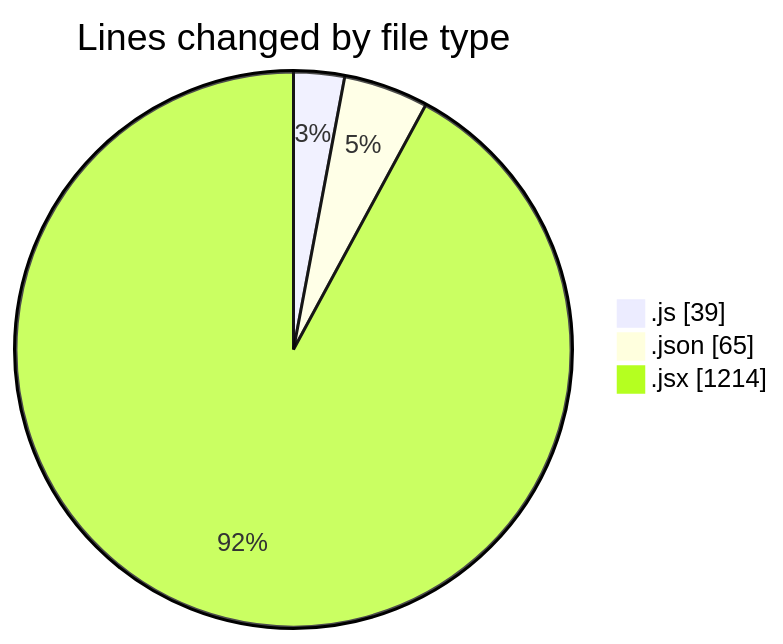
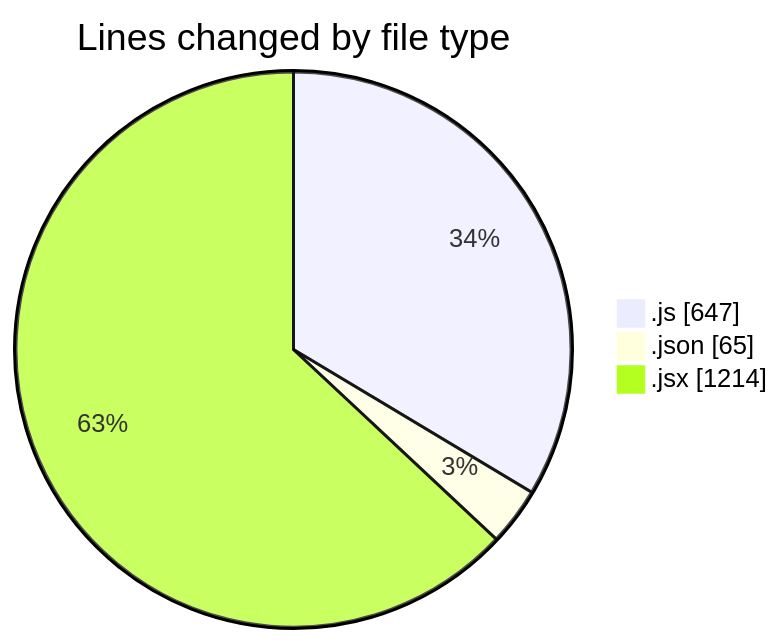
One commit to nxtqubesakshisongat/code-tracking changed the first of 2 diagrams in 2026-01-14/nxtqube_webapp/README.md. Above: the diagram before and after it, drawn with Mermaid. The commit also changed other lines of this file and 1 other file, not shown here.

````diff
--- a/2026-01-14/nxtqube_webapp/README.md
+++ b/2026-01-14/nxtqube_webapp/README.md
@@ -22,7 +23,7 @@
 ```mermaid
 pie showData
 title Lines changed by file type
-".js" : 39
+".js" : 647
 ".json" : 65
 ".jsx" : 1214
 ```
````
